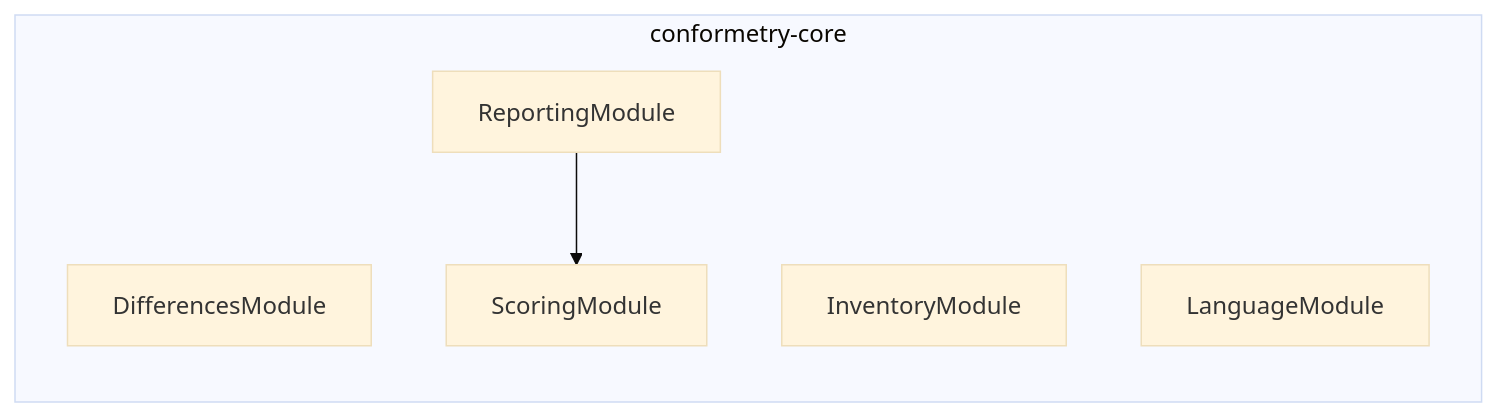
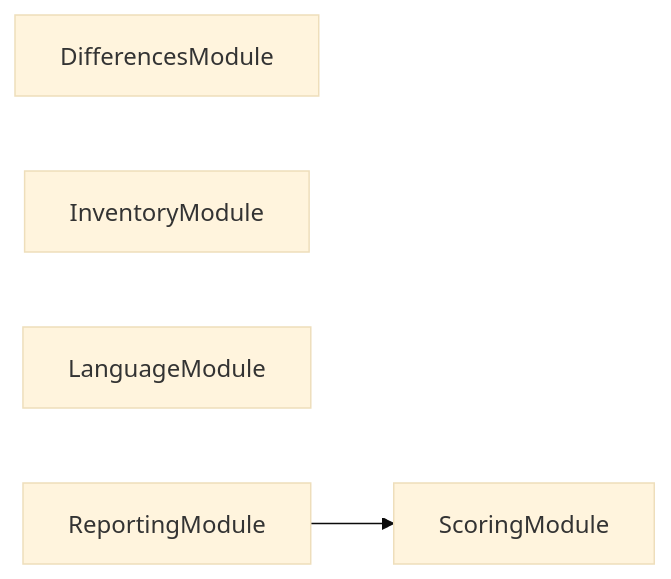
The second of 3 diagrams in packages/conformetry-core/README.md (JimmyPaolini/codebase), drawn with Mermaid (base theme) before and after one commit. The commit also changed other lines of this file and 241 other files, not shown here.

First line of the commit message:
feat(codependix,synchronization,deployments,documentation,codebase): ✨ add the codependix dependency-graph export suite (#335)

````diff
--- a/packages/conformetry-core/README.md
+++ b/packages/conformetry-core/README.md
@@ -122,11 +212,9 @@
 ```mermaid
 flowchart LR
-  subgraph group0["conformetry-core"]
-    DifferencesModule
-    InventoryModule
-    LanguageModule
-    ReportingModule
-    ScoringModule
-  end
+  DifferencesModule
+  InventoryModule
+  LanguageModule
+  ReportingModule
+  ScoringModule
   ReportingModule --> ScoringModule
 ```
````
